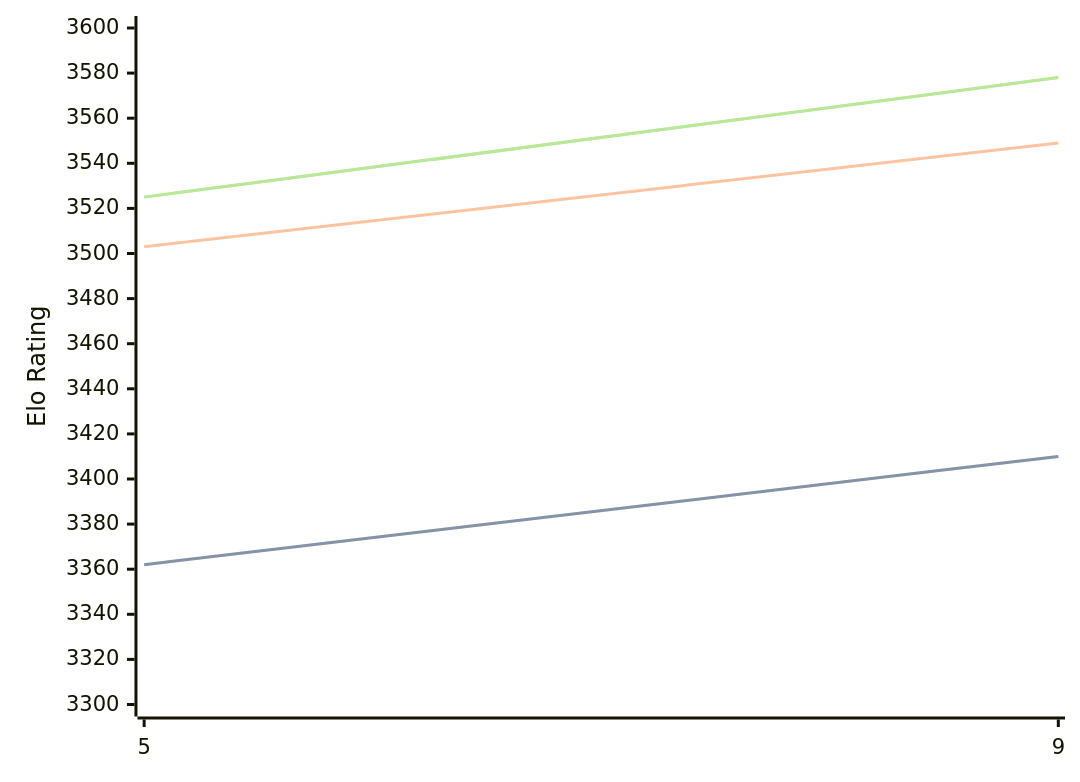
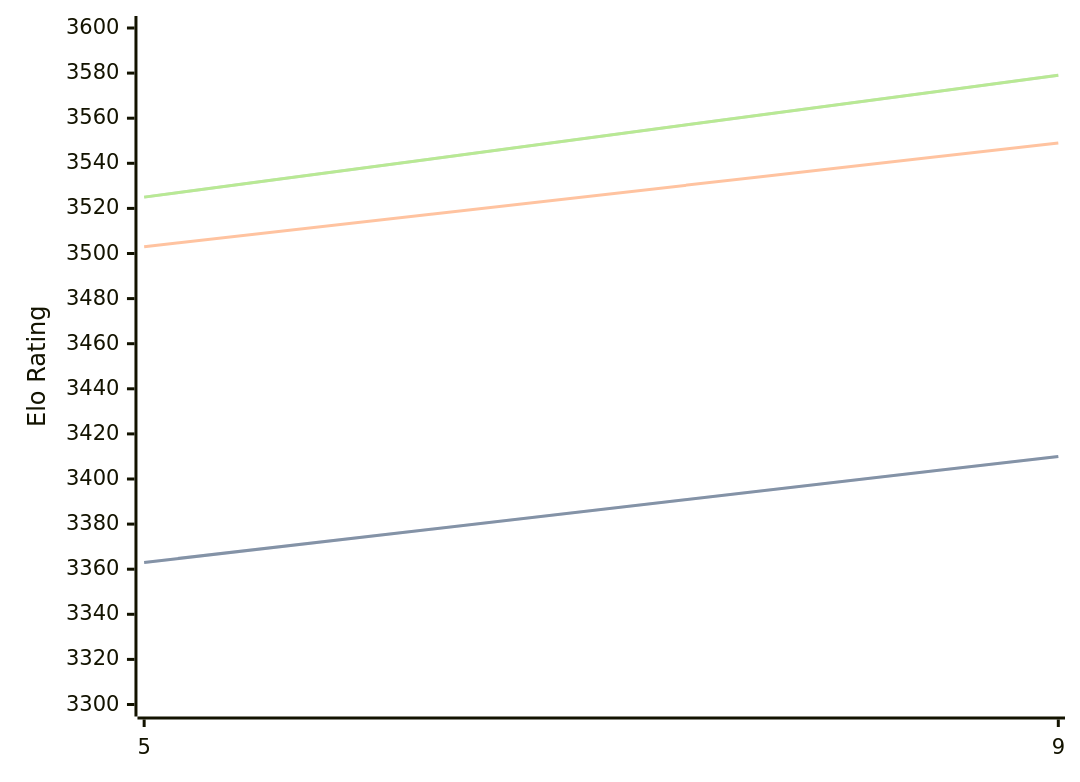
One commit to computer-chess-index/cci changed the first of 3 diagrams in engines/Crystal.md. Above: the diagram before and after it, drawn with Mermaid. The commit also changed other lines of this file, not shown here.

Commit message:
Update CCI Ratings (ELO VLTC) - 2026-06-21

````diff
--- a/engines/Crystal.md
+++ b/engines/Crystal.md
@@ -60,11 +60,11 @@
 ```mermaid
 %%{init: {"theme":"base","themeVariables":{"seriesColors:['#a3a3a3','#222221','#faa371']}}}%%
 xychart-beta
   x-axis ["5", "9"]
   y-axis "Elo Rating" 3300 --> 3600
-  line "STC (8.0+0.08s)" [3362, 3410]
-  line "STC (8.0+0.08s)" [3362, 3410]
+  line "STC (8.0+0.08s)" [3363, 3410]
+  line "STC (8.0+0.08s)" [3363, 3410]
   line "LTC (60.0+0.60s)" [3503, 3549]
-  line "VLTC (2m24s+1.12s)" [3525, 3578]
-  line "VLTC (2m24s+1.12s)" [3525, 3578]
+  line "VLTC (2m24s+1.12s)" [3525, 3579]
+  line "VLTC (2m24s+1.12s)" [3525, 3579]
 ```
````
